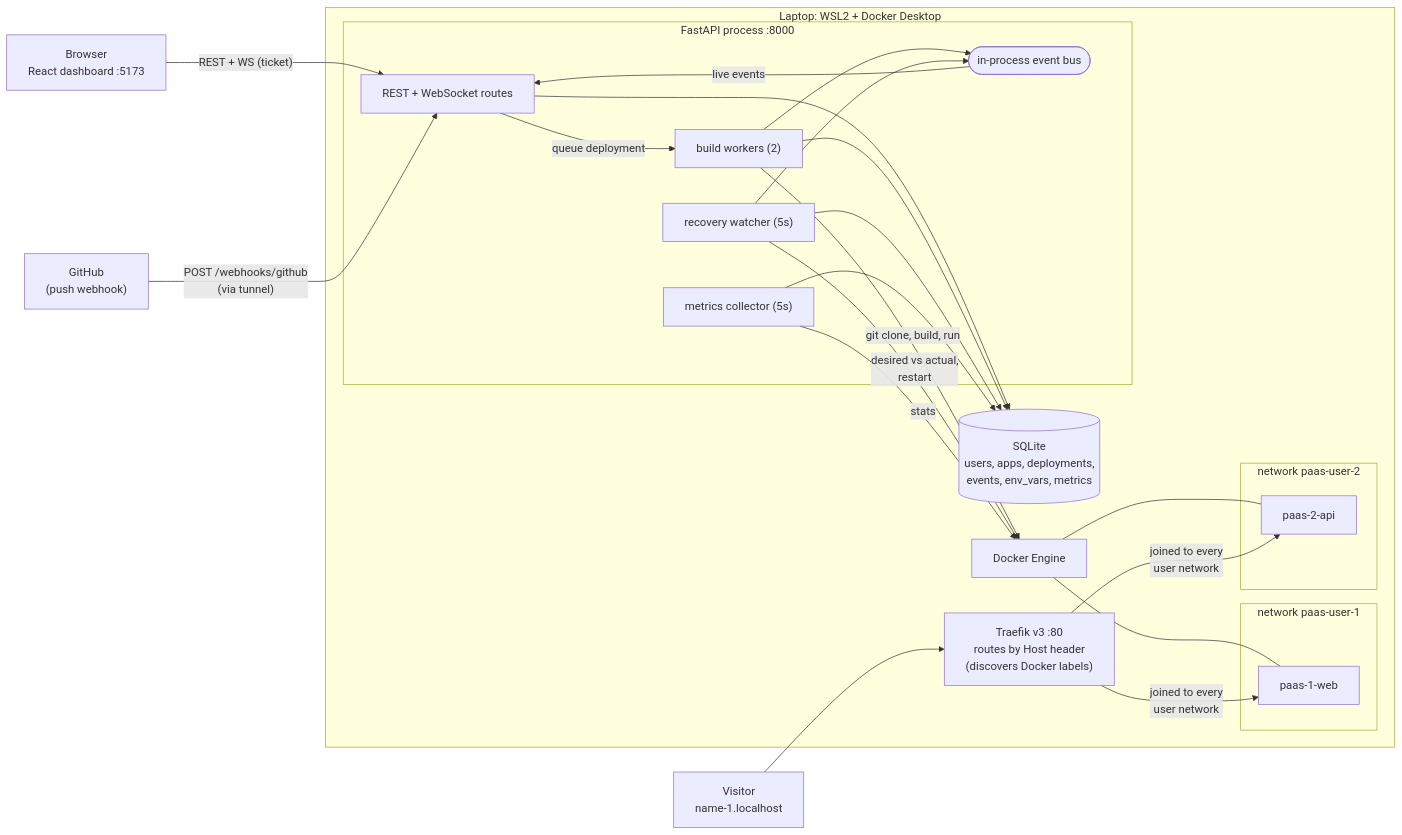
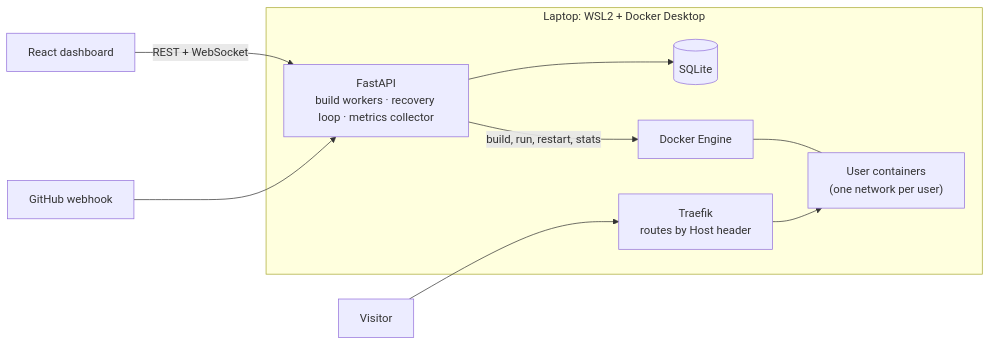
The diagram in README.md (jeffreysolomon123/Hostra), drawn with Mermaid before and after one commit. The commit also changed other lines of this file, not shown here.

````diff
--- a/README.md
+++ b/README.md
@@ -34,39 +26,16 @@
 ```mermaid
 flowchart LR
-    browser["Browser<br/>React dashboard :5173"]
-    gh["GitHub<br/>(push webhook)"]
-    visitor["Visitor<br/>name-1.localhost"]
-
+    browser["React dashboard"] -- "REST + WebSocket" --> api
+    gh["GitHub webhook"] --> api
     subgraph host["Laptop: WSL2 + Docker Desktop"]
-        traefik["Traefik v3 :80<br/>routes by Host header<br/>(discovers Docker labels)"]
-        subgraph api["FastAPI process :8000"]
-            rest["REST + WebSocket routes"]
-            bus(["in-process event bus"])
-            workers["build workers (2)"]
-            recovery["recovery watcher (5s)"]
-            collector["metrics collector (5s)"]
-        end
-        db[("SQLite<br/>users, apps, deployments,<br/>events, env_vars, metrics")]
+        api["FastAPI<br/>build workers · recovery loop · metrics collector"]
+        db[("SQLite")]
         docker["Docker Engine"]
-        subgraph n1["network paas-user-1"]
-            a1["paas-1-web"]
-        end
-        subgraph n2["network paas-user-2"]
-            a2["paas-2-api"]
-        end
+        traefik["Traefik<br/>routes by Host header"]
+        apps["User containers<br/>(one network per user)"]
     end
-
-    browser -- "REST + WS (ticket)" --> rest
-    gh -- "POST /webhooks/github<br/>(via tunnel)" --> rest
-    rest --> db
-    rest -- "queue deployment" --> workers
-    workers -- "git clone, build, run" --> docker
-    recovery -- "desired vs actual,<br/>restart" --> docker
-    collector -- "stats" --> docker
-    workers & recovery --> bus
-    bus -- "live events" --> rest
-    workers & recovery & collector --> db
-    docker --- a1 & a2
-    visitor --> traefik
-    traefik -- "joined to every<br/>user network" --> a1 & a2
+    api --> db
+    api -- "build, run, restart, stats" --> docker
+    docker --- apps
+    visitor["Visitor"] --> traefik --> apps
 ```
````
